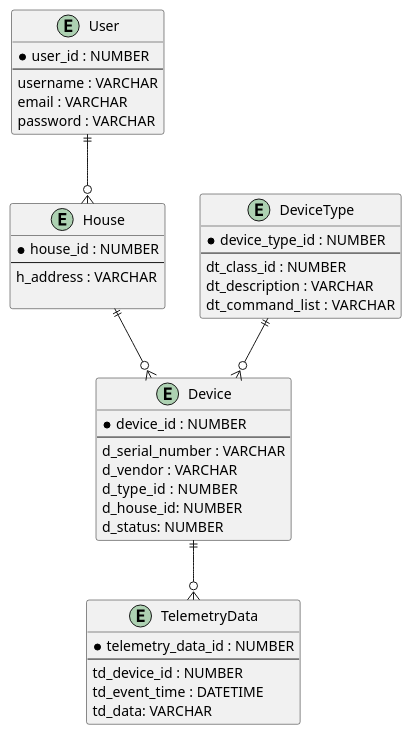
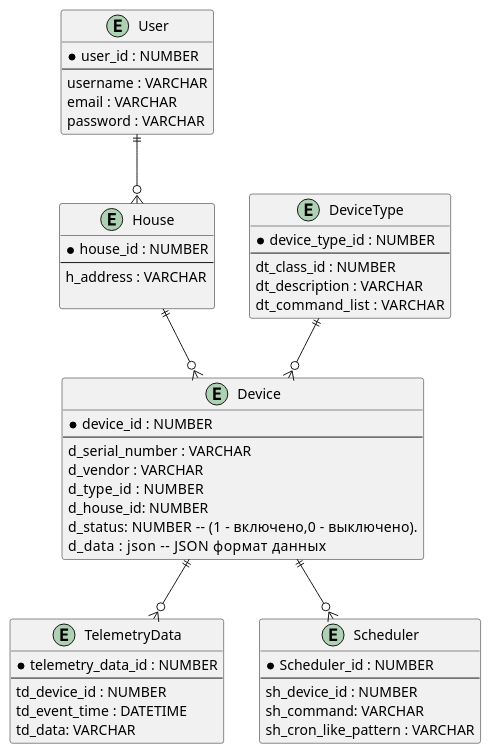
One commit to andruschenco/architecture-pro-warmhouse changed the diagram in schemas/warm_house/ER-Model.puml. Above: the diagram before and after it, drawn with PlantUML. The commit also changed 9 other files, not shown here.

```diff
--- a/schemas/warm_house/ER-Model.puml
+++ b/schemas/warm_house/ER-Model.puml
@@ -1,109 +1,121 @@
 @startuml
 
 'Что нужно сделать
 'Идентификация сущностей: На основе анализа предметной области и спроектированных микросервисов, определите основные сущности вашей системы.
 
 'Примеры сущностей:
 'Пользователь (User)
 entity "User" {
   * user_id : NUMBER
   --
   username : VARCHAR
   email : VARCHAR
   password : VARCHAR
 }
 
 
 'Дом (House)
 entity "House" {
   * house_id : NUMBER
   --
   h_address : VARCHAR
 
 }
 
   'id — уникальный идентификатор устройства.
   'type_id — идентификатор типа устройства — внешний ключ к таблице DeviceType.
   'house_id — идентификатор дома, к которому принадлежит устройство — внешний ключ к таблице House.
   'serial_number — серийный номер устройства.
   'status — текущее состояние устройства (включено/выключено).
 
 'Устройство (Device)
 entity "Device" {
   * device_id : NUMBER
   --
   d_serial_number : VARCHAR
   d_vendor : VARCHAR
   d_type_id  : NUMBER
   d_house_id: NUMBER
-  d_status: NUMBER
+  d_status: NUMBER  --  (1 - включено,0 - выключено).
+  d_data : json     -- JSON формат данных
 }
 
 
 'Тип устройства (DeviceType)
 entity "DeviceType" {
   * device_type_id : NUMBER
   --
   dt_class_id : NUMBER
   dt_description : VARCHAR
   dt_command_list  : VARCHAR
 }
 
 
 'Телеметрия (TelemetryData)
 entity "TelemetryData" {
   * telemetry_data_id : NUMBER
   --
   td_device_id : NUMBER
   td_event_time : DATETIME
   td_data: VARCHAR
 }
+
+'Планировщик
+entity "Scheduler" {
+  * Scheduler_id : NUMBER
+  --
+  sh_device_id : NUMBER
+  sh_command: VARCHAR
+  sh_cron_like_pattern : VARCHAR
+}
+
 
 'Модуль (Module)
 
 
 'Определение атрибутов: Для каждой сущности определите необходимые атрибуты. Например:
 'Сущность «Устройство»:
 'id — уникальный идентификатор устройства.
 'type_id — идентификатор типа устройства — внешний ключ к таблице DeviceType.
 'house_id — идентификатор дома, к которому принадлежит устройство — внешний ключ к таблице House.
 'serial_number — серийный номер устройства.
 'status — текущее состояние устройства (включено/выключено).
 
 'Описание связей: Определите связи между сущностями (один-к-одному, один-ко-многим, многие-ко-многим).
 'Например:
 'Пользователь — Дом: один пользователь может иметь доступ к нескольким домам, но каждый дом связан
 'только с одним пользователем.
 'Дом — Устройство: один дом может содержать несколько устройств, и каждое устройство принадлежит
 'только одному дому.
 'Устройство — Телеметрия: одно устройство может генерировать множество записей телеметрии.
 'Построение ER-диаграммы: Используйте PlantUML для создания ER-диаграммы на основе определенных
 'сущностей, атрибутов и связей.
 
 
 House ||--o{ "Device"
 User ||--o{ House
 Device ||--o{ TelemetryData
 DeviceType ||--o{ Device
+Device ||--o{ Scheduler
 
 
 
 'entity "Order" {
 '  * order_id : NUMBER
 '  --
 '  user_id : NUMBER
 '  order_date : DATE
 '  total : DECIMAL
 '}
 '
 'entity "Product" {
 '  * product_id : NUMBER
 '  --
 '  name : VARCHAR
 '  price : DECIMAL
 '}
 '
 'User ||--o{ Order
 'Order ||--o{ Product
 
 @enduml
```
